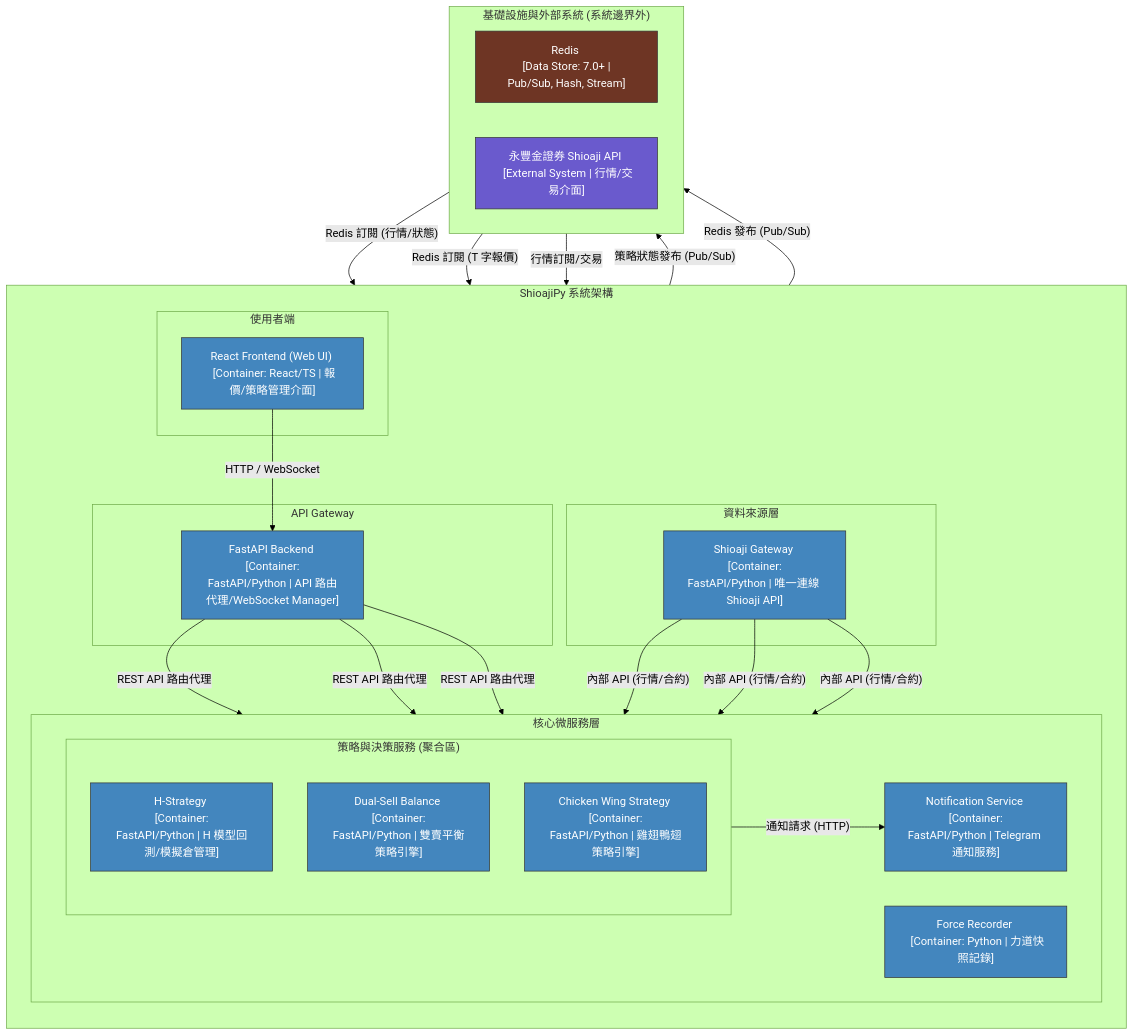
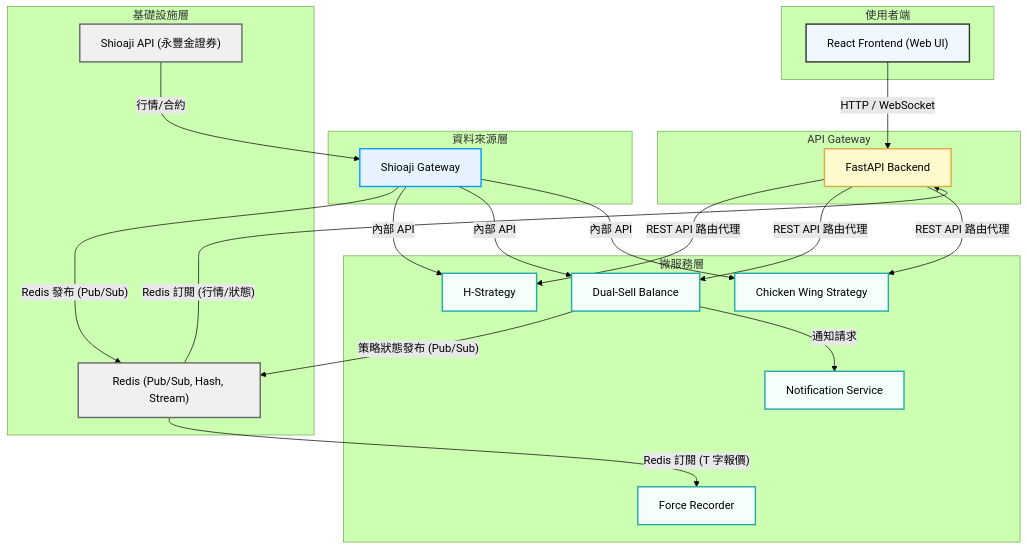
The diagram in _posts/2025-12-16-shioaji-architecture-v1.md (Zekkar/Zekkar.github.io), drawn with Mermaid (forest theme) before and after one commit. The commit also changed other lines of this file, not shown here.

Commit message:
修改頁面內容

```diff
--- a/_posts/2025-12-16-shioaji-architecture-v1.md
+++ b/_posts/2025-12-16-shioaji-architecture-v1.md
@@ -18,59 +17,58 @@
 <pre class="mermaid">
-flowchart TB
- subgraph UserLayer["使用者端"]
-        FE["React Frontend (Web UI) &lt;br&gt; [Container: React/TS | 報價/策略管理介面]"]
-  end
- subgraph APIGateway["API Gateway"]
-        BE["FastAPI Backend &lt;br&gt; [Container: FastAPI/Python | API 路由代理/WebSocket Manager]"]
-  end
- subgraph StrategyServices["策略與決策服務 (聚合區)"]
-    direction TB
-        HStrategy["H-Strategy &lt;br&gt; [Container: FastAPI/Python | H 模型回測/模擬倉管理]"]
-        DualSell["Dual-Sell Balance &lt;br&gt; [Container: FastAPI/Python | 雙賣平衡策略引擎]"]
-        ChickenWing["Chicken Wing Strategy &lt;br&gt; [Container: FastAPI/Python | 雞翅鴨翅策略引擎]"]
-  end
- subgraph CoreServices["核心微服務層"]
-    direction LR
-        StrategyServices
-        Notification["Notification Service &lt;br&gt; [Container: FastAPI/Python | Telegram 通知服務]"]
-        ForceRecorder["Force Recorder &lt;br&gt; [Container: Python | 力道快照記錄]"]
-  end
- subgraph DataSource["資料來源層"]
-        GW["Shioaji Gateway &lt;br&gt; [Container: FastAPI/Python | 唯一連線 Shioaji API]"]
-  end
- subgraph ShioajiPySystem["ShioajiPy 系統架構"]
-    direction TB
-        UserLayer
-        APIGateway
-        CoreServices
-        DataSource
-  end
- subgraph InfrastructureAndExternal["基礎設施與外部系統 (系統邊界外)"]
-    direction LR
-        Redis["Redis &lt;br&gt; [Data Store: 7.0+ | Pub/Sub, Hash, Stream]"]
-        ShioajiAPI["永豐金證券 Shioaji API &lt;br&gt; [External System | 行情/交易介面]"]
-  end
-    FE -- HTTP / WebSocket --> BE
-    BE -- REST API 路由代理 --> HStrategy & DualSell & ChickenWing
-    GW -- 內部 API (行情/合約) --> HStrategy & DualSell & ChickenWing
-    DualSell -- 通知請求 (HTTP) --> Notification
-    DualSell -- 策略狀態發布 (Pub/Sub) --> Redis
-    GW -- Redis 發布 (Pub/Sub) --> Redis
-    Redis -- Redis 訂閱 (行情/狀態) --> BE
-    Redis -- Redis 訂閱 (T 字報價) --> ForceRecorder
-    ShioajiAPI -- 行情訂閱/交易 --> GW
+graph TD
+    %% 定義風格 (CSS Classes)
+    classDef layer fill:#f0f8ff,stroke:#333,stroke-width:2px;
+    classDef apiGateway fill:#fffacd,stroke:#da4,stroke-width:2px;
+    classDef microservice fill:#f5fffa,stroke:#2aa,stroke-width:2px;
+    classDef dataSource fill:#e6f3ff,stroke:#09f,stroke-width:2px;
+    classDef infra fill:#f0f0f0,stroke:#666,stroke-width:2px;
 
-     FE:::Container
-     BE:::Container
-     HStrategy:::Container
-     DualSell:::Container
-     ChickenWing:::Container
-     Notification:::Container
-     ForceRecorder:::Container
-     GW:::Container
-     Redis:::Database
-     ShioajiAPI:::External
-    classDef External fill:#6A5ACD,stroke:#333,color:#FFF
-    classDef Container fill:#4386BE,stroke:#333,color:#FFF
-    classDef Database fill:#6E3524,stroke:#333,color:#FFF
+    subgraph User ["使用者端"]
+        FE["React Frontend (Web UI)"]:::layer
+    end
+
+    subgraph APIGateway ["API Gateway"]
+        BE["FastAPI Backend"]:::apiGateway
+    end
+
+    subgraph Microservices ["微服務層"]
+        HStrategy["H-Strategy"]:::microservice
+        DualSell["Dual-Sell Balance"]:::microservice
+        ChickenWing["Chicken Wing Strategy"]:::microservice
+        Notification["Notification Service"]:::microservice
+        ForceRecorder["Force Recorder"]:::microservice
+    end
+
+    subgraph DataSource ["資料來源層"]
+        GW["Shioaji Gateway"]:::dataSource
+    end
+
+    subgraph Infrastructure ["基礎設施層"]
+        Redis["Redis (Pub/Sub, Hash, Stream)"]:::infra
+        ShioajiAPI["Shioaji API (永豐金證券)"]:::infra
+    end
+
+    %% 關聯與資料流
+    FE -- "HTTP / WebSocket" --> BE
+    
+    %% Gateway 核心資料流
+    ShioajiAPI -- "行情/合約" --> GW
+    GW -- "Redis 發布 (Pub/Sub)" --> Redis
+    
+    %% API Gateway 與 Redis 訂閱
+    Redis -- "Redis 訂閱 (行情/狀態)" --> BE
+    
+    %% API Gateway 代理微服務
+    BE -- "REST API 路由代理" --> HStrategy
+    BE -- "REST API 路由代理" --> DualSell
+    BE -- "REST API 路由代理" --> ChickenWing
+    
+    %% 微服務間/與 Redis 互動
+    GW -- "內部 API" --> HStrategy
+    GW -- "內部 API" --> DualSell
+    GW -- "內部 API" --> ChickenWing
+    
+    Redis -- "Redis 訂閱 (T 字報價)" --> ForceRecorder
+    DualSell -- "策略狀態發布 (Pub/Sub)" --> Redis
+    DualSell -- "通知請求" --> Notification
 </pre>
```
